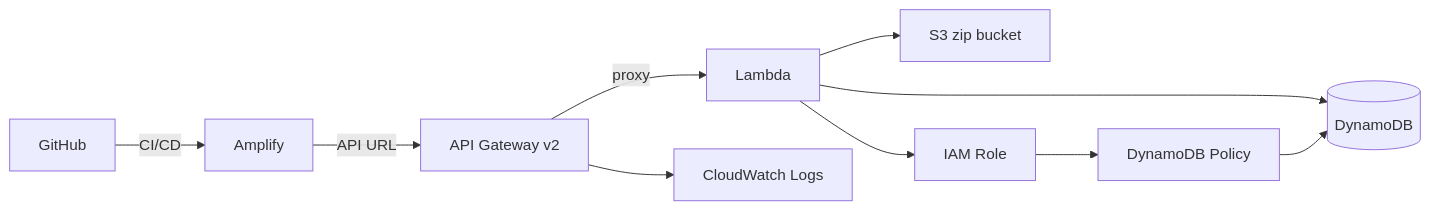
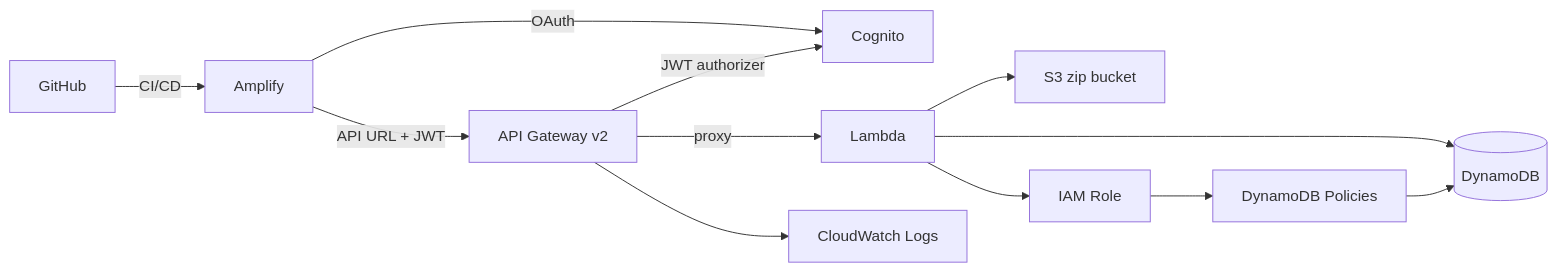
One commit to edoatley/sudoku-app changed the diagram in infra/README.md. Above: the diagram before and after it, drawn with Mermaid. The commit also changed other lines of this file and 52 other files, not shown here.

````diff
--- a/infra/README.md
+++ b/infra/README.md
@@ -9,12 +9,14 @@
 ```mermaid
 flowchart LR
     GH[GitHub] -->|CI/CD| AMP[Amplify]
-    AMP -->|API URL| APIGW[API Gateway v2]
+    AMP -->|OAuth| COG[Cognito]
+    AMP -->|API URL + JWT| APIGW[API Gateway v2]
+    APIGW -->|JWT authorizer| COG
     APIGW -->|proxy| LAM[Lambda]
     APIGW --> CWL[CloudWatch Logs]
     LAM --> S3Z[S3 zip bucket]
     LAM --> DDB[(DynamoDB)]
     LAM --> ROLE[IAM Role]
-    ROLE --> POL[DynamoDB Policy]
+    ROLE --> POL[DynamoDB Policies]
     POL --> DDB
 ```
````
